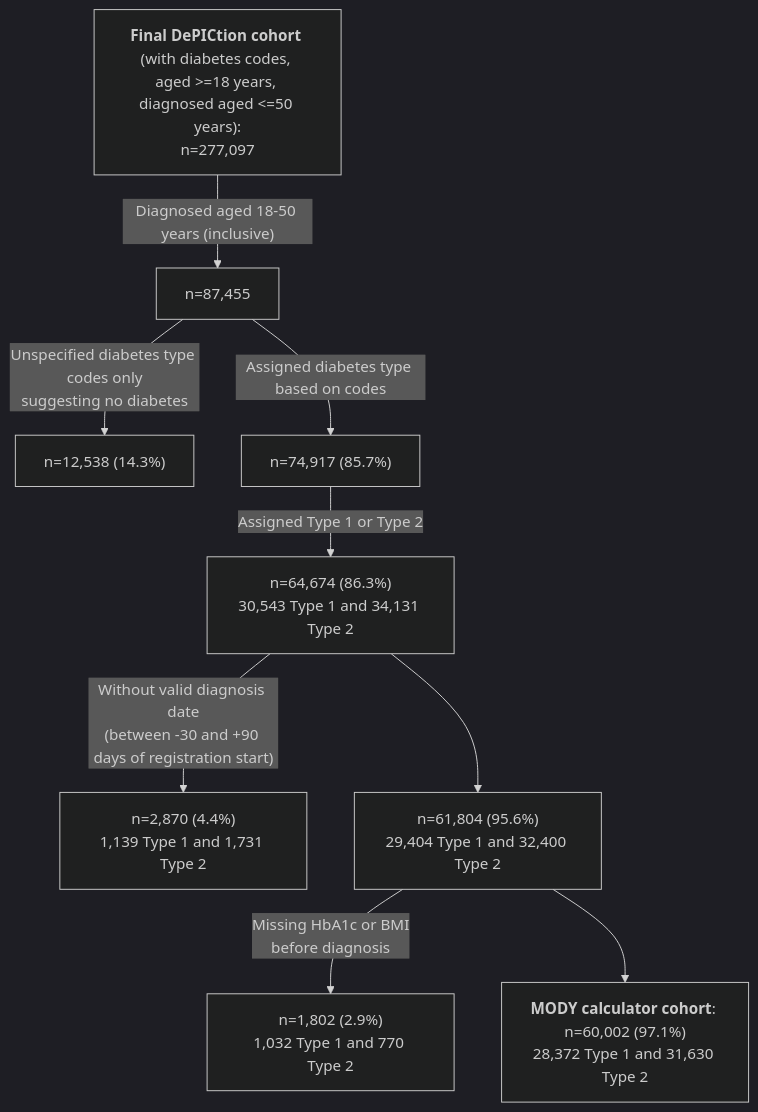
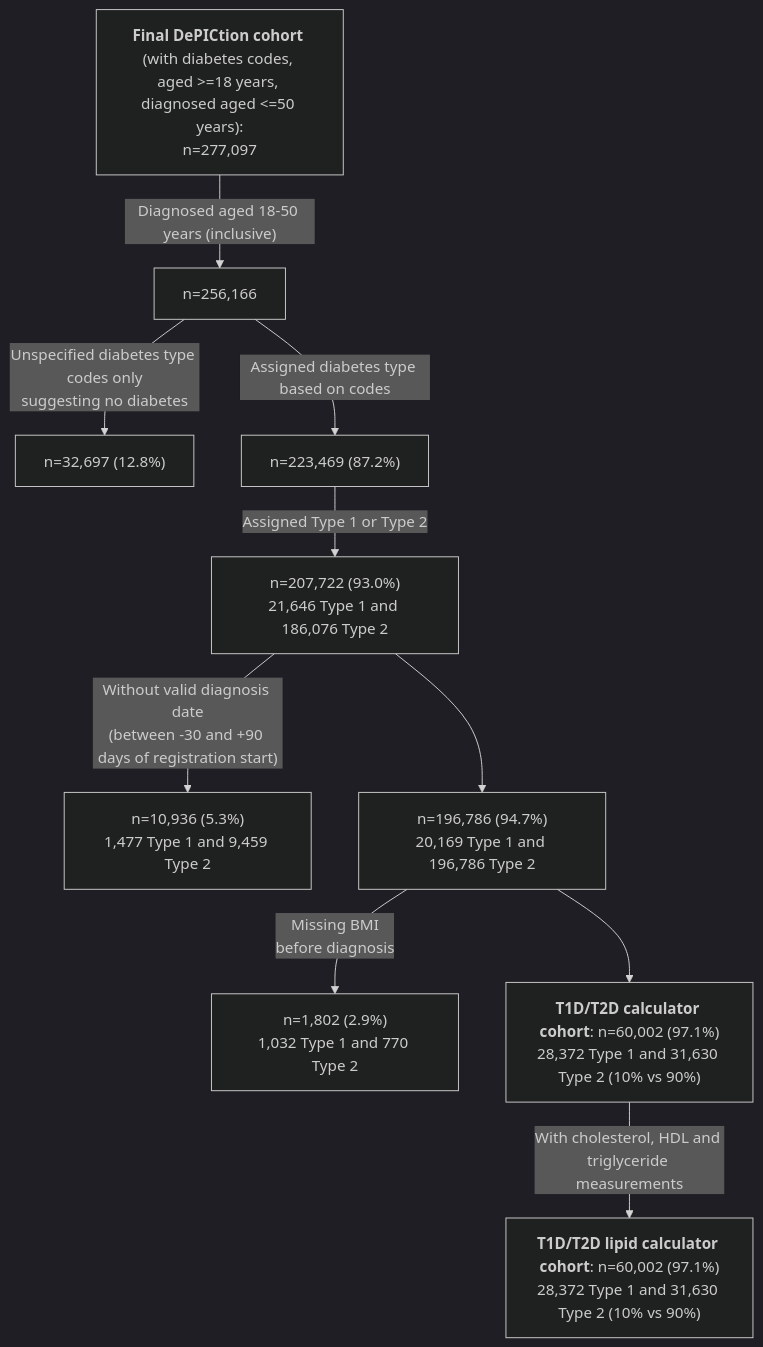
One commit to Exeter-Diabetes/CPRD-Katie-DePICtion-Scripts changed the fourth of 5 diagrams in README.md. Above: the diagram before and after it, drawn with Mermaid (dark theme).

````diff
--- a/README.md
+++ b/README.md
@@ -180,11 +180,12 @@
 ```mermaid
 graph TD;
-    A["<b>Final DePICtion cohort</b> (with diabetes codes, <br>aged >=18 years, diagnosed aged <=50 years):<br>n=277,097"] --> |"Diagnosed aged 18-50 years (inclusive)"| B["n=87,455"]
-    B --> |"Unspecified diabetes type codes only<br>suggesting no diabetes"| C["n=12,538 (14.3%)"]
-    B --> |"Assigned diabetes type based on codes"| D["n=74,917 (85.7%)"]
-    D --> |"Assigned Type 1 or Type 2"| E["n=64,674 (86.3%)<br>30,543 Type 1 and 34,131 Type 2"]
-    E --> |"Without valid diagnosis date<br>(between -30 and +90 days of registration start)"| F["n=2,870 (4.4%)<br>1,139 Type 1 and 1,731 Type 2"]
-    E --> G["n=61,804 (95.6%)<br>29,404 Type 1 and 32,400 Type 2"]
-    G --> |"Missing HbA1c or BMI<br>before diagnosis"|H["n=1,802 (2.9%)<br>1,032 Type 1 and 770 Type 2"]
-    G --> I["<b>MODY calculator cohort</b>: n=60,002 (97.1%)<br>28,372 Type 1 and 31,630 Type 2"]
+    A["<b>Final DePICtion cohort</b> (with diabetes codes, <br>aged >=18 years, diagnosed aged <=50 years):<br>n=277,097"] --> |"Diagnosed aged 18-50 years (inclusive)"| B["n=256,166"]
+    B --> |"Unspecified diabetes type codes only<br>suggesting no diabetes"| C["n=32,697 (12.8%)"]
+    B --> |"Assigned diabetes type based on codes"| D["n=223,469 (87.2%)"]
+    D --> |"Assigned Type 1 or Type 2"| E["n=207,722 (93.0%)<br>21,646 Type 1 and 186,076 Type 2"]
+    E --> |"Without valid diagnosis date<br>(between -30 and +90 days of registration start)"| F["n=10,936 (5.3%)<br>1,477 Type 1 and 9,459 Type 2"]
+    E --> G["n=196,786 (94.7%)<br>20,169 Type 1 and 196,786 Type 2"]
+    G --> |"Missing BMI<br>before diagnosis"|H["n=1,802 (2.9%)<br>1,032 Type 1 and 770 Type 2"]
+    G --> I["<b>T1D/T2D calculator cohort</b>: n=60,002 (97.1%)<br>28,372 Type 1 and 31,630 Type 2 (10% vs 90%)"]
+    I --> |"With cholesterol, HDL and triglyceride measurements"|J["<b>T1D/T2D lipid calculator cohort</b>: n=60,002 (97.1%)<br>28,372 Type 1 and 31,630 Type 2 (10% vs 90%)"]
 ```
````
